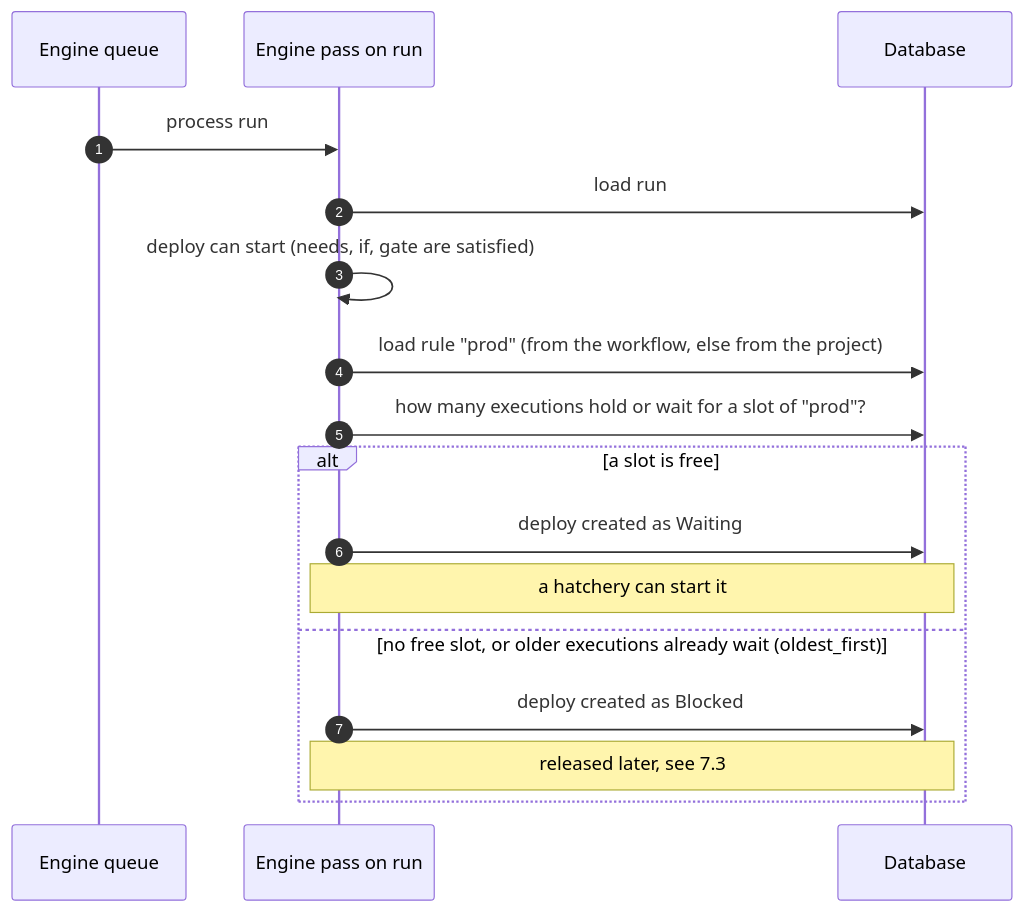
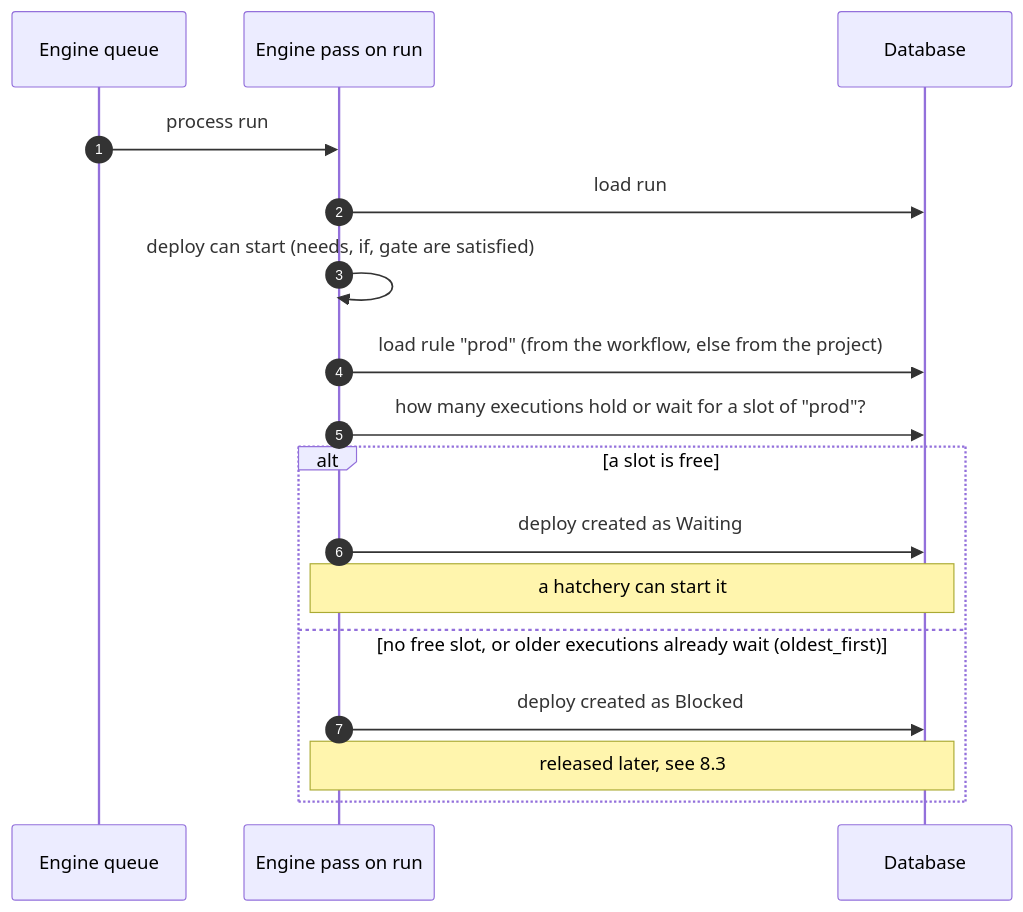
The first of 3 diagrams in specs/workflow-concurrency.md (ovh/cds), drawn with Mermaid before and after one commit. The commit also changed other lines of this file, not shown here.

````diff
--- a/specs/workflow-concurrency.md
+++ b/specs/workflow-concurrency.md
@@ -144,20 +178,20 @@
 ```mermaid
 sequenceDiagram
     autonumber
     participant Queue as Engine queue
     participant Engine as Engine pass on run #12
     participant DB as Database
 
     Queue->>Engine: process run #12
     Engine->>DB: load run #12 and its jobs
     Engine->>Engine: deploy can start (needs, if, gate are satisfied)
     Engine->>DB: load rule "prod" (from the workflow, else from the project)
     Engine->>DB: how many executions hold or wait for a slot of "prod"?
     alt a slot is free
         Engine->>DB: deploy created as Waiting
         Note over Engine,DB: a hatchery can start it
     else no free slot, or older executions already wait (oldest_first)
         Engine->>DB: deploy created as Blocked
-        Note over Engine,DB: released later, see 7.3
+        Note over Engine,DB: released later, see 8.3
     end
 ```
````
